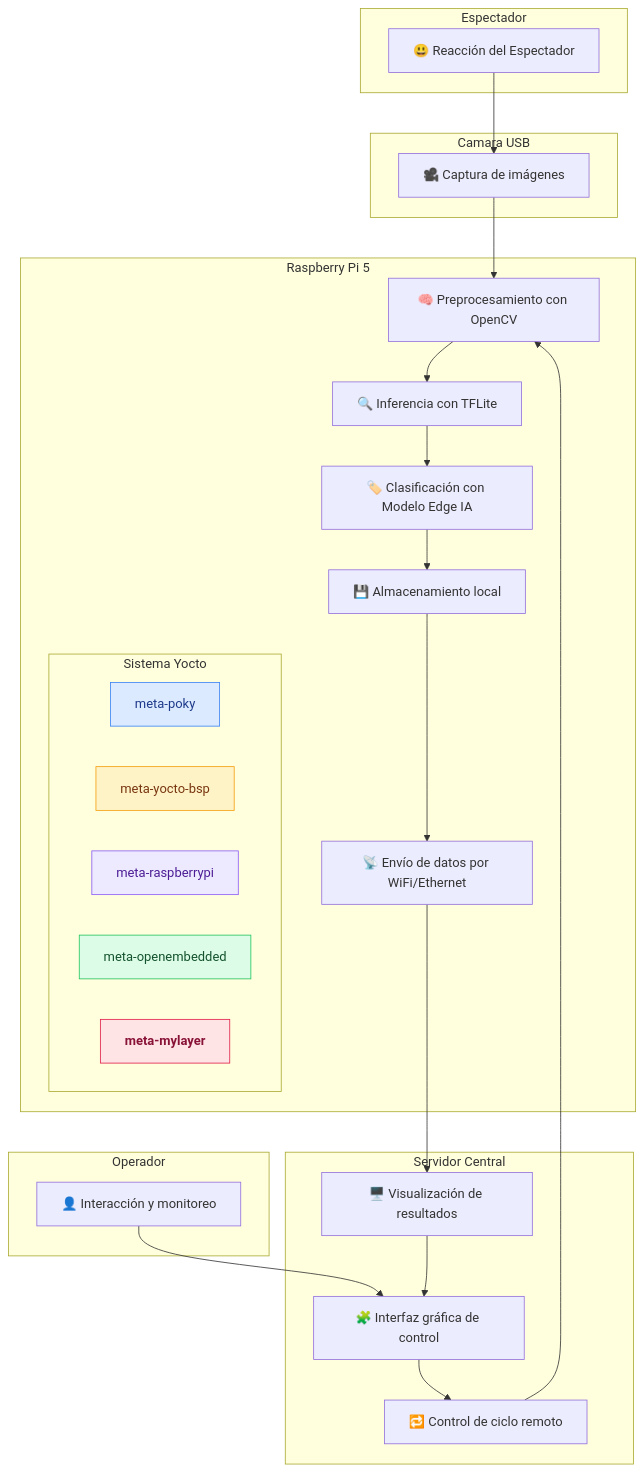
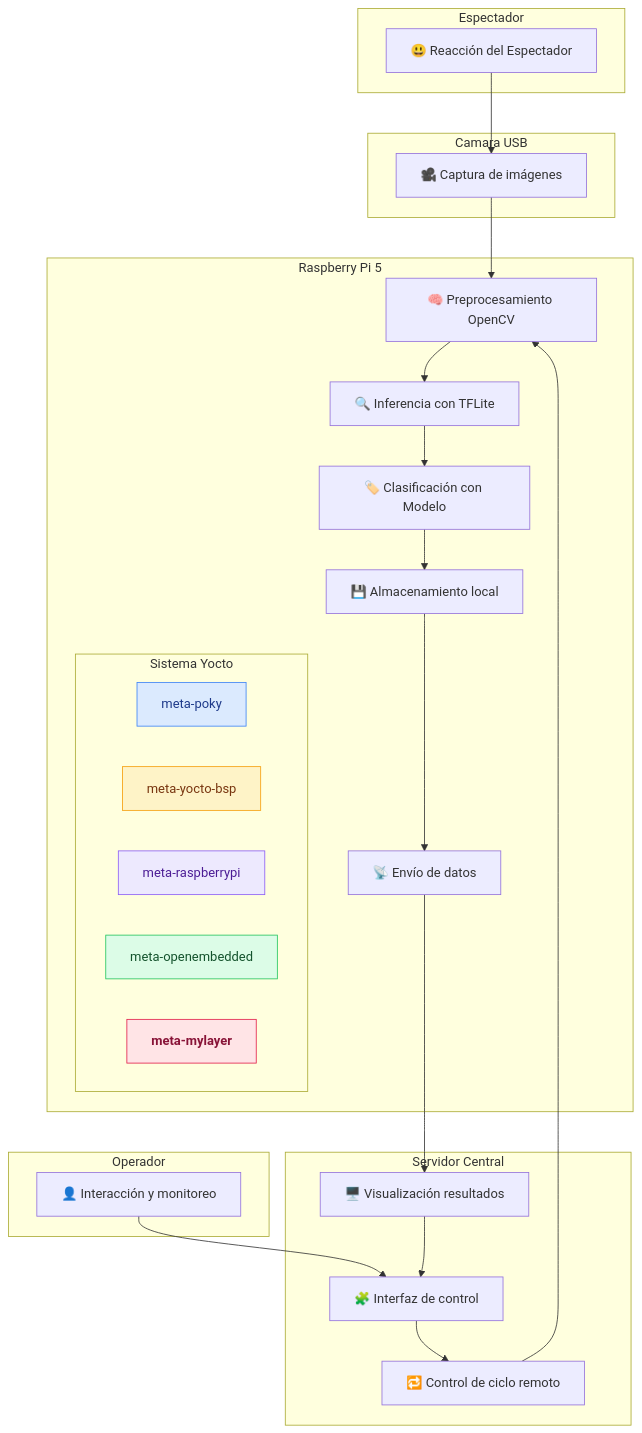
The diagram in docs/integracion.md (lestorres/Reconocimiento_clasificacion_de_expresiones), drawn with Mermaid before and after one commit.

````diff
--- a/docs/integracion.md
+++ b/docs/integracion.md
@@ -5,58 +5,58 @@
 ```mermaid
 flowchart TB
     subgraph Espectador
         P[😃 Reacción del Espectador]
     end
 
     subgraph Camara USB
         A[🎥 Captura de imágenes]
     end
 
     subgraph Raspberry Pi 5
-        B[🧠 Preprocesamiento con OpenCV]
+        B[🧠 Preprocesamiento OpenCV]
         C[🔍 Inferencia con TFLite]
-        D[🏷️ Clasificación con Modelo Edge IA]
+        D[🏷️ Clasificación con Modelo ]
         E[💾 Almacenamiento local]
-        F[📡 Envío de datos por WiFi/Ethernet]
+        F[📡 Envío de datos ]
 
         subgraph Sistema Yocto
             Y1[meta-poky]
             Y2[meta-yocto-bsp]
             Y3[meta-raspberrypi]
             Y4[meta-openembedded]
             Y5[meta-mylayer]
         end
     end
 
     subgraph Servidor Central
-        G[🖥️ Visualización de resultados]
-        H[🧩 Interfaz gráfica de control]
+        G[🖥️ Visualización resultados]
+        H[🧩 Interfaz de control]
         I[🔁 Control de ciclo remoto]
     end
 
     subgraph Operador
         O[👤 Interacción y monitoreo]
     end
 
     A --> B
     B --> C
     C --> D
     D --> E
     E --> F
     F --> G
     G --> H
     H --> I
     I --> B
     O --> H
     P --> A
 
     %% Colores suaves y distintos para cada capa
     style Y1 fill:#dbeafe,stroke:#3b82f6,color:#1e3a8a
     style Y2 fill:#fef3c7,stroke:#f59e0b,color:#78350f
     style Y3 fill:#ede9fe,stroke:#8b5cf6,color:#4c1d95
     style Y4 fill:#dcfce7,stroke:#22c55e,color:#14532d
     style Y5 fill:#ffe4e6,stroke:#e11d48,color:#881337,font-weight:bold
 
 
 
 ```
````
